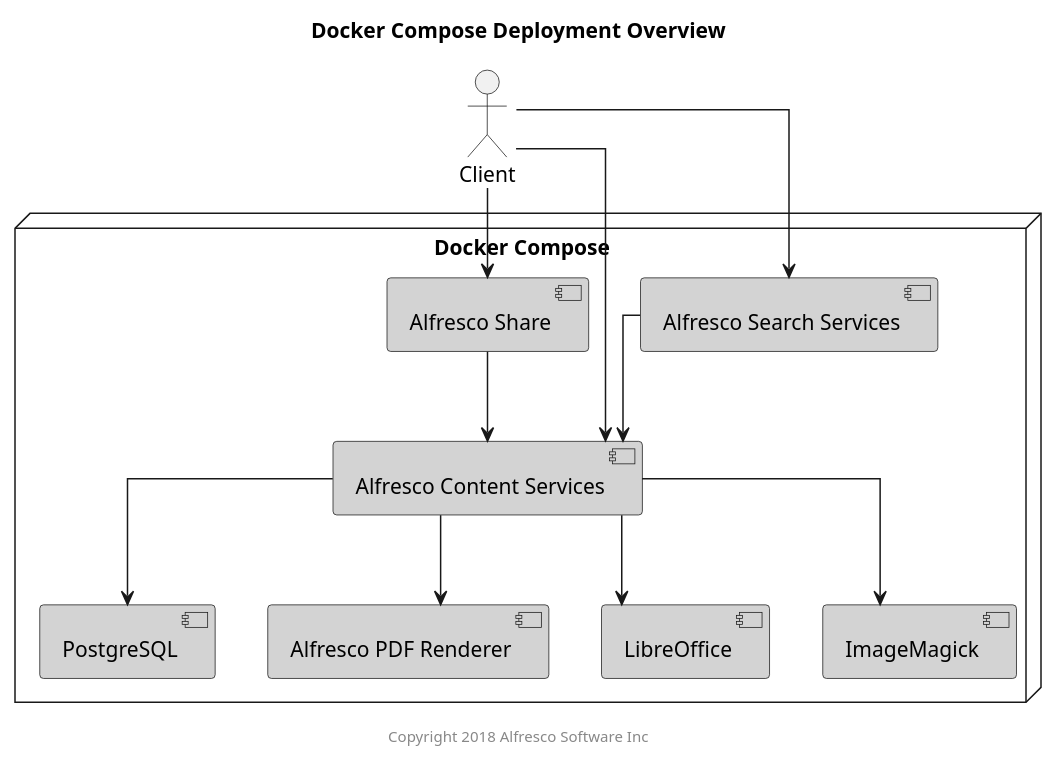
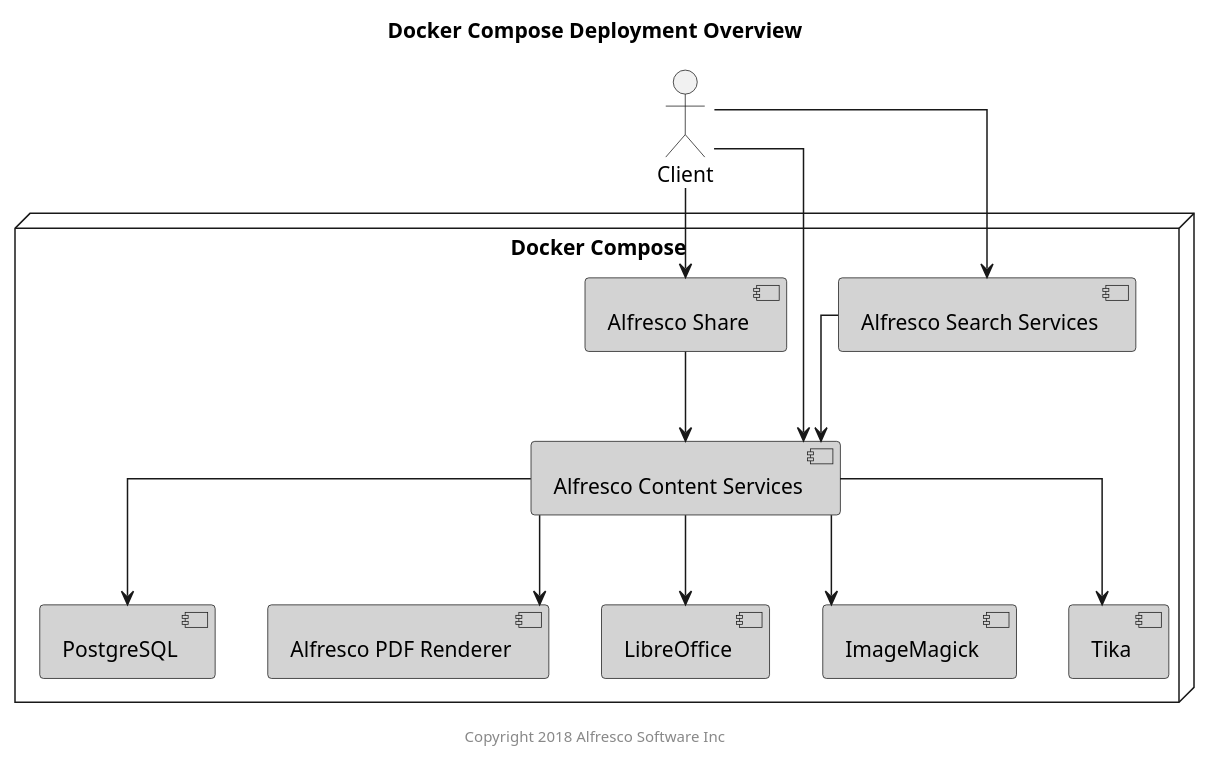
The diagram in docs/diagrams/docker-compose/docker-compose-components.puml (Alfresco/acs-deployment), drawn with PlantUML before and after one commit. The commit also changed 7 other files, not shown here.

Commit message:
REPO-3425 Addition of Tika transformer to helm chart

```diff
--- a/docs/diagrams/docker-compose/docker-compose-components.puml
+++ b/docs/diagrams/docker-compose/docker-compose-components.puml
@@ -1,33 +1,35 @@
 @startuml
 
 Title: Docker Compose Deployment Overview
 
 skinparam componentStyle uml2
 skinparam linetype ortho
 
 actor Client
 
 node "Docker Compose" {
     component "Alfresco Content Services" as acs #lightgrey
     component "Alfresco Search Services" as ass #lightgrey
     component "PostgreSQL" as psql #lightgrey
     component "Alfresco PDF Renderer" as pdfr #lightgrey
     component "LibreOffice" as libr #lightgrey
     component "ImageMagick" as img #lightgrey
+    component "Tika" as tika #lightgrey
     component "Alfresco Share" as share #lightgrey
 }
 
 Client --> acs
 Client --> ass
 Client --> share
 
 ass --> acs
 acs --> psql
 acs --> pdfr
 acs --> libr
 acs --> img
+acs --> tika
 share --> acs
 
 center footer Copyright 2018 Alfresco Software Inc
 
 @enduml
```
